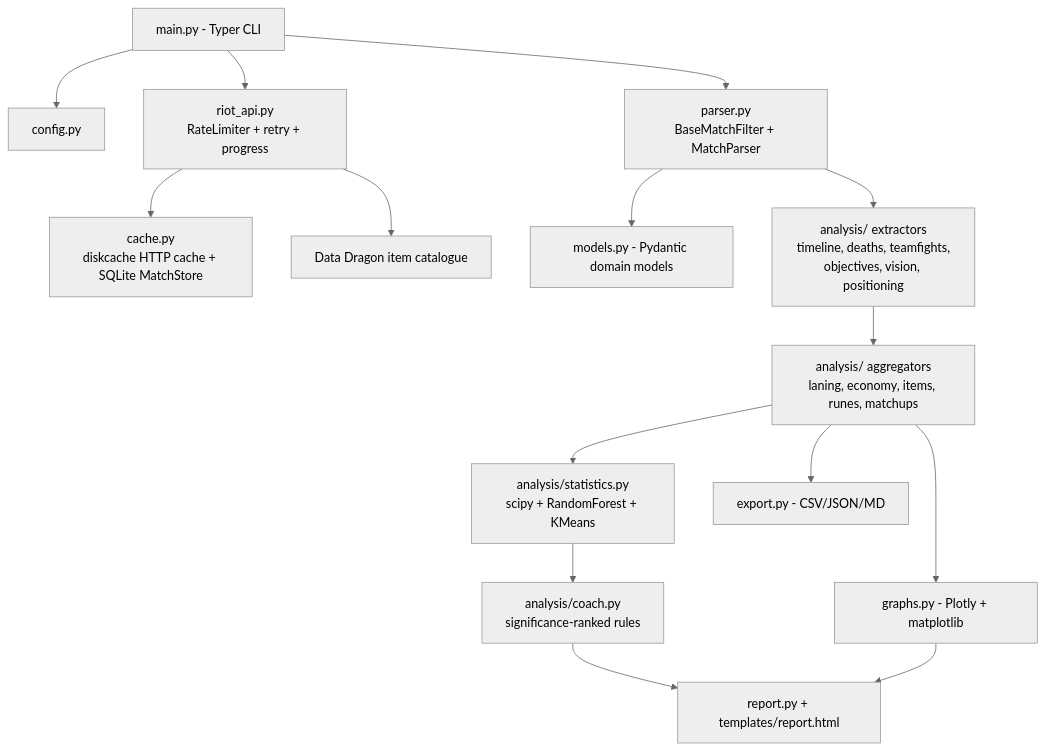
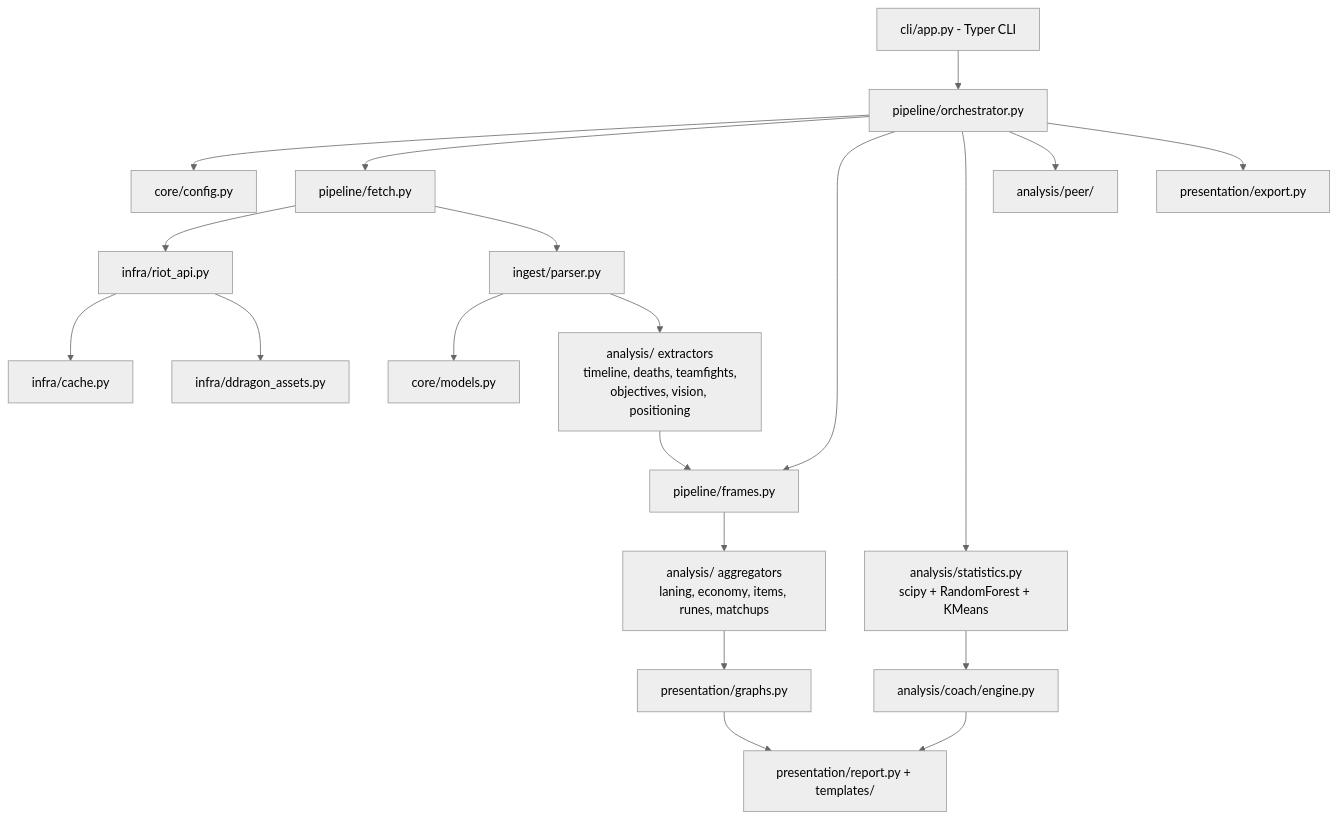
The diagram in README.md (hcanon42/league-champion-stats-analysis), drawn with Mermaid (neutral theme) before and after one commit. The commit also changed other lines of this file and 132 other files, not shown here.

````diff
--- a/README.md
+++ b/README.md
@@ -128,17 +137,22 @@
 ```mermaid
 graph TD
-    CLI[main.py - Typer CLI] --> CFG[config.py]
-    CLI --> API[riot_api.py<br/>RateLimiter + retry + progress]
-    API --> CACHE[cache.py<br/>diskcache HTTP cache + SQLite MatchStore]
-    API --> DD[Data Dragon item catalogue]
-    CLI --> PARSE[parser.py<br/>BaseMatchFilter + MatchParser]
-    PARSE --> MODELS[models.py - Pydantic domain models]
+    CLI[cli/app.py - Typer CLI] --> PIPE[pipeline/orchestrator.py]
+    PIPE --> CFG[core/config.py]
+    PIPE --> FETCH[pipeline/fetch.py]
+    FETCH --> API[infra/riot_api.py]
+    API --> CACHE[infra/cache.py]
+    API --> DD[infra/ddragon_assets.py]
+    FETCH --> PARSE[ingest/parser.py]
+    PARSE --> MODELS[core/models.py]
     PARSE --> EXTRACT[analysis/ extractors<br/>timeline, deaths, teamfights,<br/>objectives, vision, positioning]
-    EXTRACT --> AGG[analysis/ aggregators<br/>laning, economy, items, runes, matchups]
-    AGG --> STATS[analysis/statistics.py<br/>scipy + RandomForest + KMeans]
-    STATS --> COACH[analysis/coach.py<br/>significance-ranked rules]
-    AGG --> GRAPHS[graphs.py - Plotly + matplotlib]
-    COACH --> REPORT[report.py + templates/report.html]
+    PIPE --> FRAMES[pipeline/frames.py]
+    EXTRACT --> FRAMES
+    FRAMES --> AGG[analysis/ aggregators<br/>laning, economy, items, runes, matchups]
+    PIPE --> STATS[analysis/statistics.py<br/>scipy + RandomForest + KMeans]
+    STATS --> COACH[analysis/coach/engine.py]
+    PIPE --> PEER[analysis/peer/]
+    AGG --> GRAPHS[presentation/graphs.py]
+    COACH --> REPORT[presentation/report.py + templates/]
     GRAPHS --> REPORT
-    AGG --> EXPORT[export.py - CSV/JSON/MD]
+    PIPE --> EXPORT[presentation/export.py]
 ```
````
